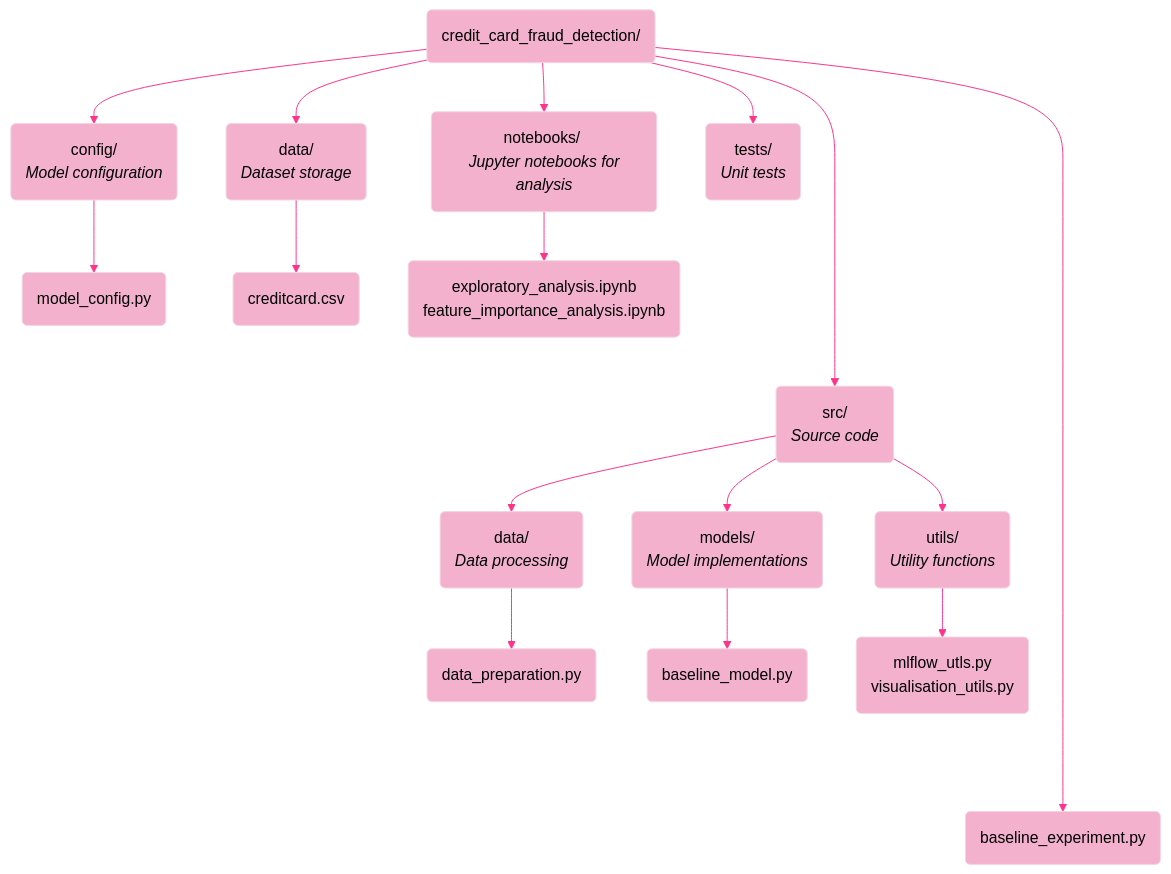
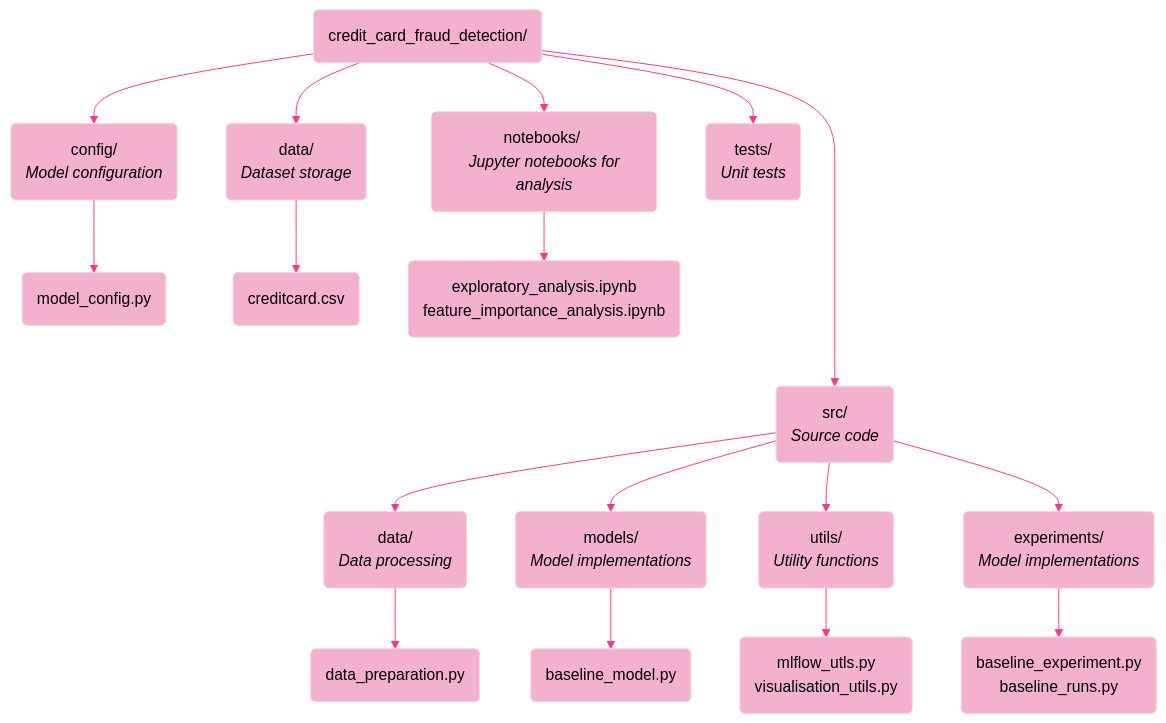
The diagram in documentation/documentation.md (lenevdm/credit_card_fraud_detection), drawn with Mermaid before and after one commit.

Commit message:
Update project structure diagram

````diff
--- a/documentation/documentation.md
+++ b/documentation/documentation.md
@@ -7,35 +7,36 @@
 ```mermaid
 %%{
   init: {
     'theme': 'base',
     'themeVariables': {
       'primaryColor': '#f3b1ce',
       'primaryTextColor': '#000000',
       'primaryBorderColor': '#f3d5e2',
       'lineColor': '#ff338a',
       'secondaryColor': '#006100',
       'tertiaryColor': '#fff',
       'fontFamily': 'Ariel, sans-serif"
     }
   }
 }%%
 graph TD
     A(credit_card_fraud_detection/) 
     A --> B(config/ <br> <i>Model configuration</i>)
     B --> J(model_config.py)
     A --> C(data/ <br> <i>Dataset storage</i>)
     C --> I(creditcard.csv)
     A --> D(notebooks/ <br> <i>Jupyter notebooks for analysis</i>)
     D --> H(exploratory_analysis.ipynb<br>feature_importance_analysis.ipynb)
     A ----> E(src/ <br> <i>Source code</i>)
     E --> E1(data/ <br> <i>Data processing</i>)
     E --> E2(models/ <br> <i>Model implementations</i>)
     E --> E3(utils/ <br> <i>Utility functions</i>)
+    E --> E4(experiments/ <br> <i>Model implementations</i>)
     A --> F(tests/ <br> <i>Unit tests</i>)
     E1 --> G1(data_preparation.py)
     E2 --> G2(baseline_model.py)
     E3 --> G3(mlflow_utls.py <br> visualisation_utils.py)
-    A --------> K(baseline_experiment.py)
+    E4 --> G4(baseline_experiment.py <br> baseline_runs.py)
 
 
 ```
````
